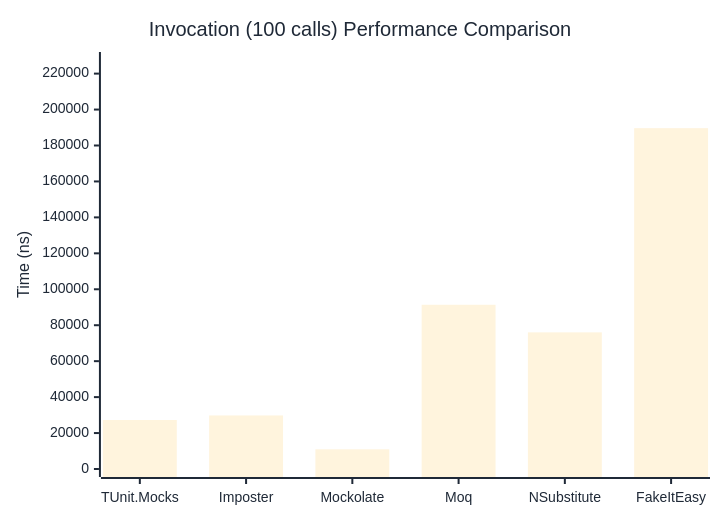
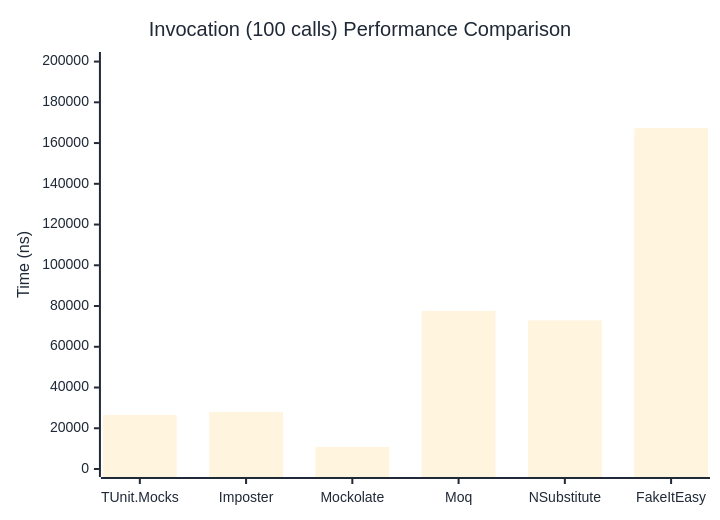
Before and after one commit to thomhurst/TUnit: the third of 3 diagrams in docs/docs/benchmarks/mocks/Invocation.md, drawn with Mermaid. The commit also changed other lines of this file and 14 other files, not shown here.

````diff
--- a/docs/docs/benchmarks/mocks/Invocation.md
+++ b/docs/docs/benchmarks/mocks/Invocation.md
@@ -112,27 +112,27 @@
 ```mermaid
 %%{init: {
   'theme':'base',
   'themeVariables': {
     'primaryColor': '#2563eb',
     'primaryTextColor': '#1f2937',
     'primaryBorderColor': '#1e40af',
     'lineColor': '#6b7280',
     'secondaryColor': '#7c3aed',
     'tertiaryColor': '#dc2626',
     'background': '#ffffff',
     'pie1': '#2563eb',
     'pie2': '#7c3aed',
     'pie3': '#dc2626',
     'pie4': '#f59e0b',
     'pie5': '#10b981',
     'pie6': '#06b6d4',
     'pie7': '#ec4899',
     'pie8': '#6366f1'
   }
 }}%%
 xychart-beta
   title "Invocation (100 calls) Performance Comparison"
   x-axis ["TUnit.Mocks", "Imposter", "Mockolate", "Moq", "NSubstitute", "FakeItEasy"]
-  y-axis "Time (ns)" 0 --> 227572
-  bar [27273.6, 29790, 10952.4, 91387.3, 76035.4, 189643.3]
+  y-axis "Time (ns)" 0 --> 200772
+  bar [26487.88, 28046.98, 10844.64, 77618.64, 72996.64, 167309.91]
 ```
````
